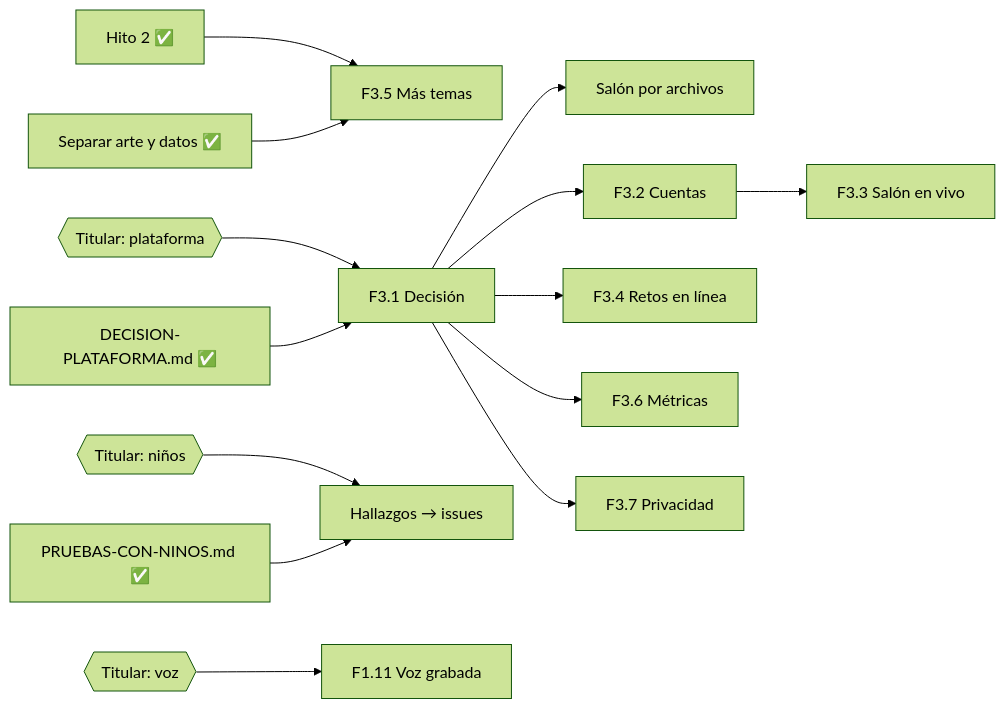
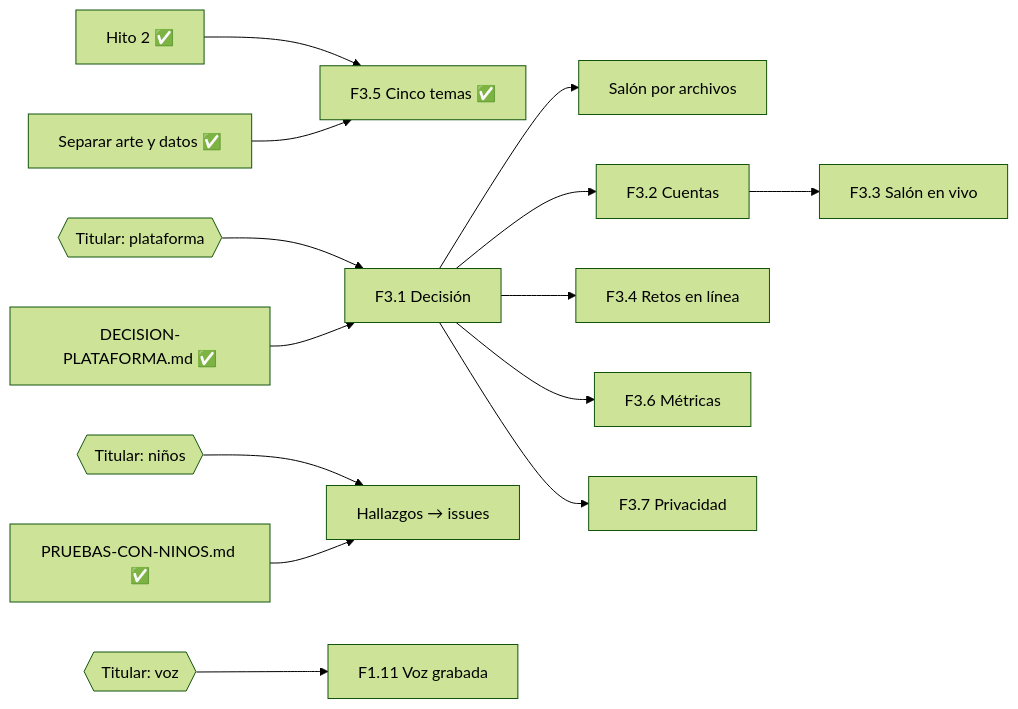
The second of 2 diagrams in docs/PLAN.md (dleon55/jardin-magico-multiplicaciones), drawn with Mermaid (forest theme) before and after one commit. The commit also changed other lines of this file and 1 other file, not shown here.

````diff
--- a/docs/PLAN.md
+++ b/docs/PLAN.md
@@ -131,16 +143,16 @@
 ```mermaid
 graph LR
-    H2[Hito 2 ✅] --> F35[F3.5 Más temas]
+    H2[Hito 2 ✅] --> F35[F3.5 Cinco temas ✅]
     SEP[Separar arte y datos ✅] --> F35
     T1{{Titular: plataforma}} --> F31[F3.1 Decisión]
     DOC[DECISION-PLATAFORMA.md ✅] --> F31
     F31 --> B[Salón por archivos]
     F31 --> F32[F3.2 Cuentas]
     F32 --> F33[F3.3 Salón en vivo]
     F31 --> F34[F3.4 Retos en línea]
     F31 --> F36[F3.6 Métricas]
     F31 --> F37[F3.7 Privacidad]
     T3{{Titular: niños}} --> HALL[Hallazgos → issues]
     GUIA[PRUEBAS-CON-NINOS.md ✅] --> HALL
     T2{{Titular: voz}} --> F111[F1.11 Voz grabada]
 ```
````
